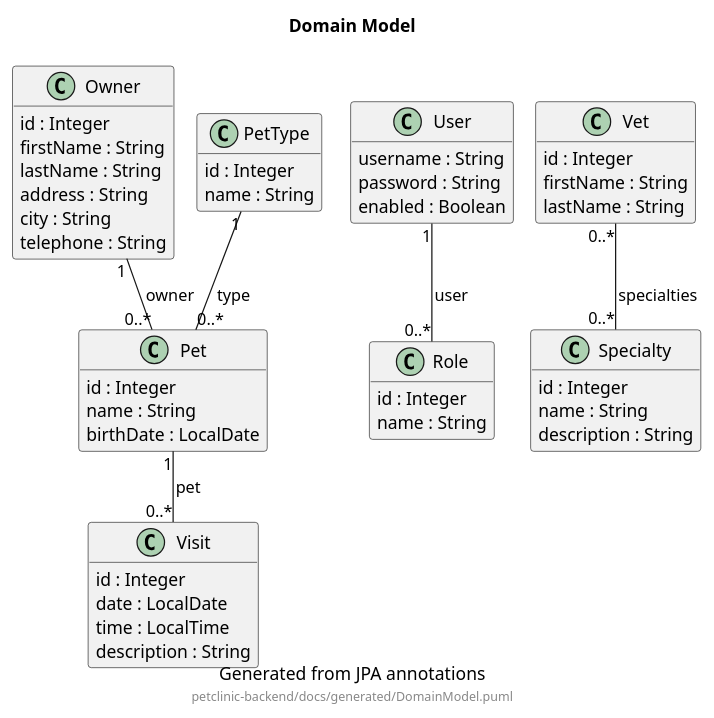
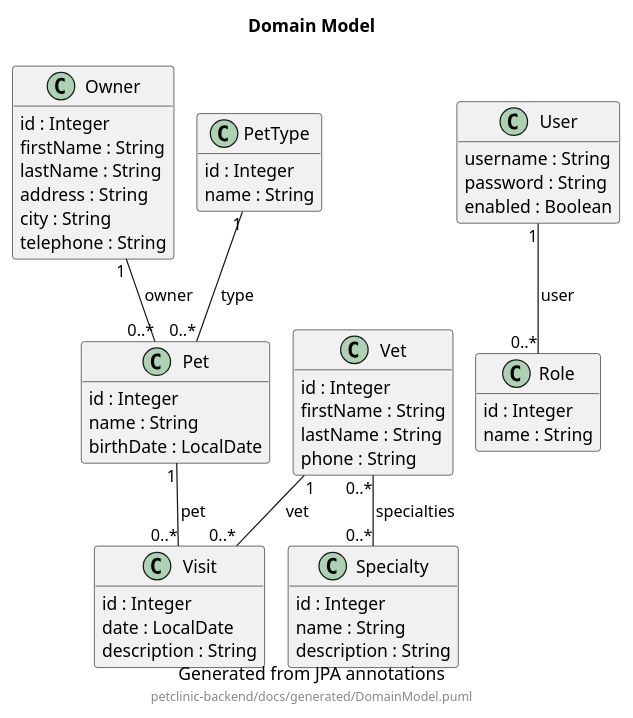
Before and after one commit to victorrentea/petclinic: the diagram in petclinic-backend/docs/generated/DomainModel.puml, drawn with PlantUML. The commit also changed 11 other files, not shown here.

First line of the commit message:
feat(domain): link Visit to a performing Vet, add Vet.phone, drop Visit.time

```diff
--- a/petclinic-backend/docs/generated/DomainModel.puml
+++ b/petclinic-backend/docs/generated/DomainModel.puml
@@ -1,60 +1,61 @@
 @startuml
 !pragma layout smetana
 
 title Domain Model
 caption Generated from JPA annotations
 footer petclinic-backend/docs/generated/DomainModel.puml
 
 hide empty members
 skinparam classAttributeIconSize 0
 
 class Owner {
   id : Integer
   firstName : String
   lastName : String
   address : String
   city : String
   telephone : String
 }
 class Pet {
   id : Integer
   name : String
   birthDate : LocalDate
 }
 class PetType {
   id : Integer
   name : String
 }
 class Role {
   id : Integer
   name : String
 }
 class Specialty {
   id : Integer
   name : String
   description : String
 }
 class User {
   username : String
   password : String
   enabled : Boolean
 }
 class Vet {
   id : Integer
   firstName : String
   lastName : String
+  phone : String
 }
 class Visit {
   id : Integer
   date : LocalDate
-  time : LocalTime
   description : String
 }
 
 PetType "1" -- "0..*" Pet : type
 Owner "1" -- "0..*" Pet : owner
 User "1" -- "0..*" Role : user
 Vet "0..*" -- "0..*" Specialty : specialties
 Pet "1" -- "0..*" Visit : pet
+Vet "1" -- "0..*" Visit : vet
 
 @enduml
```
